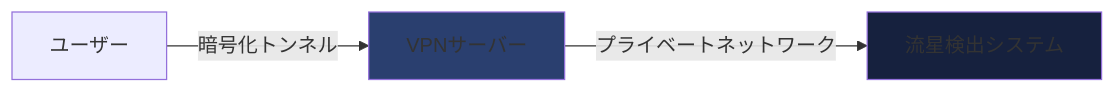
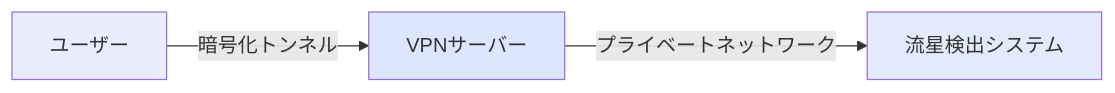
The second of 3 diagrams in documents/SECURITY.md (Masakai/meteo), drawn with Mermaid before and after one commit. The commit also changed other lines of this file and 8 other files, not shown here.

Commit message:
- Mermaidダイアグラム用スタイルのカラーパレットを調整   - セーフティカラーを温和なトーンへ変更   - Mermaidテーマ設定のドキュメントやスクリプトを更新 - WebRTC/Go2RTC関連のドキュメント強化   - `go2rtc` コンテナ仕様、図解を追加   - ダッシュボード埋め込み方式とストリーミング設定を反映   - 構築手順にポートや依存関係情報を補足

````diff
--- a/documents/SECURITY.md
+++ b/documents/SECURITY.md
@@ -336,12 +336,12 @@
 ```mermaid
 graph LR
     User["ユーザー"]
     VPN["VPNサーバー"]
     Meteor["流星検出システム"]
 
     User -->|"暗号化トンネル"| VPN
     VPN -->|"プライベートネットワーク"| Meteor
 
-    style VPN fill:#2a3f6f
-    style Meteor fill:#16213e
+    style VPN fill:#dce6ff
+    style Meteor fill:#e2eafc
 ```
````
